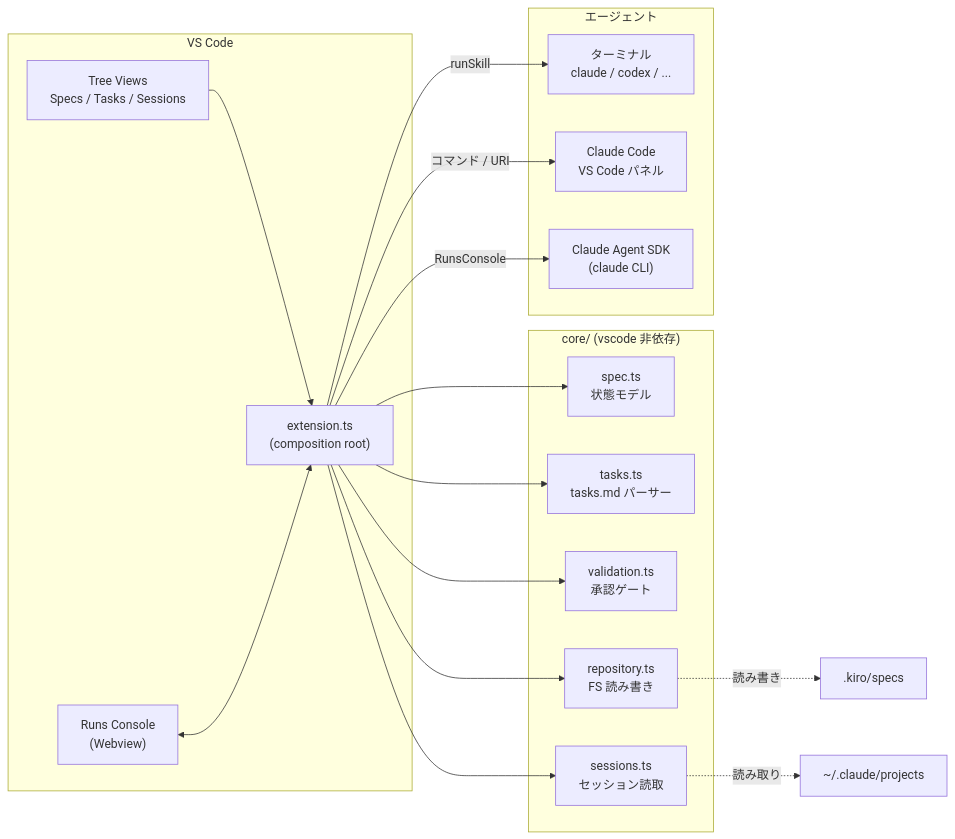
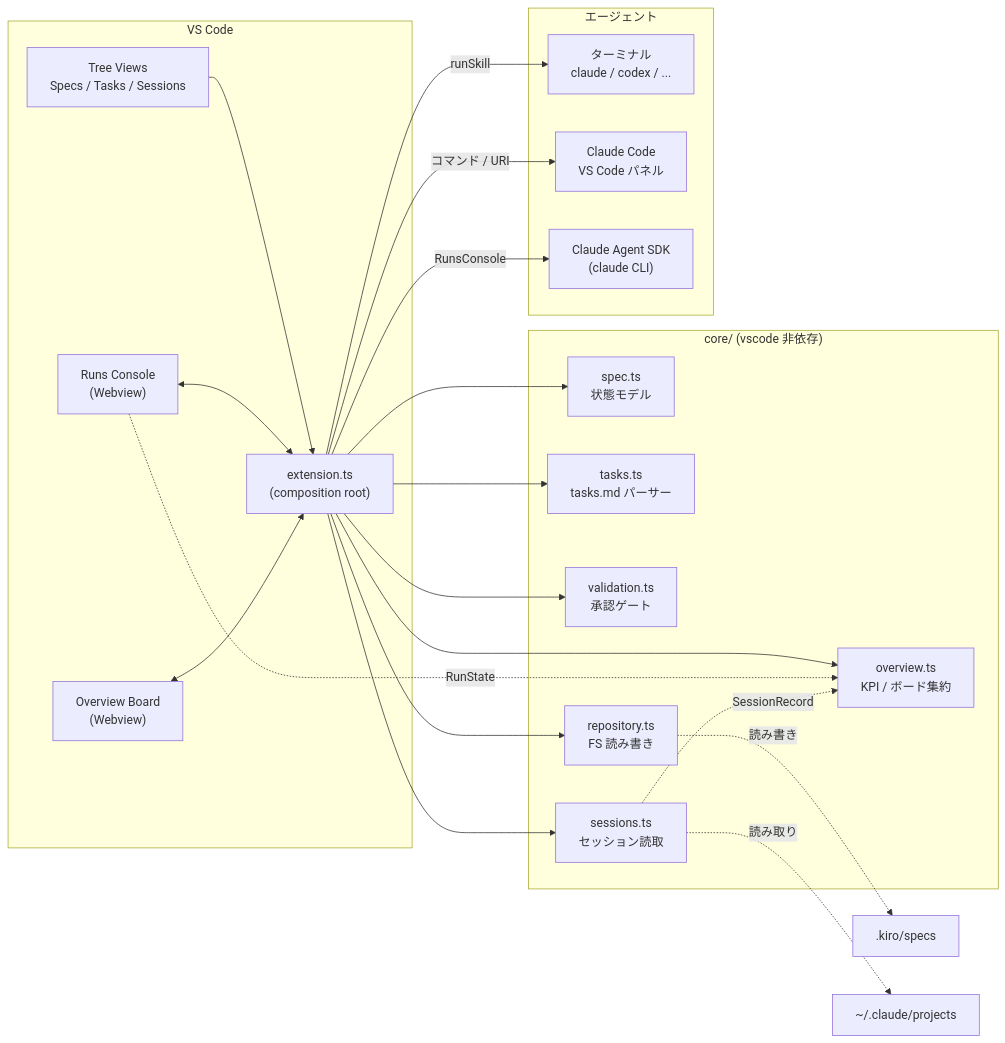
Before and after one commit to Tomatio13/cc-sdd-vscode-extension: the diagram in docs/README.md, drawn with Mermaid. The commit also changed other lines of this file and 11 other files, not shown here.

First line of the commit message:
docs: document the overview board and refresh captures

````diff
--- a/docs/README.md
+++ b/docs/README.md
@@ -33,31 +36,37 @@
 ```mermaid
 flowchart LR
   subgraph VSCode["VS Code"]
     UI["Tree Views<br/>Specs / Tasks / Sessions"]
     CONSOLE["Runs Console<br/>(Webview)"]
+    OVERVIEW["Overview Board<br/>(Webview)"]
     EXT["extension.ts<br/>(composition root)"]
   end
 
   subgraph core["core/ (vscode 非依存)"]
     SPEC["spec.ts<br/>状態モデル"]
     TASKS["tasks.ts<br/>tasks.md パーサー"]
     VALID["validation.ts<br/>承認ゲート"]
     REPO["repository.ts<br/>FS 読み書き"]
     SESS["sessions.ts<br/>セッション読取"]
+    OV["overview.ts<br/>KPI / ボード集約"]
   end
 
   subgraph agent["エージェント"]
     TERM["ターミナル<br/>claude / codex / ..."]
     PANEL["Claude Code<br/>VS Code パネル"]
     SDK["Claude Agent SDK<br/>(claude CLI)"]
   end
 
   UI --> EXT
   CONSOLE <--> EXT
+  OVERVIEW <--> EXT
   EXT --> SPEC & TASKS & VALID & REPO & SESS
+  EXT --> OV
+  CONSOLE -.RunState.-> OV
+  SESS -.SessionRecord.-> OV
   EXT -->|runSkill| TERM
   EXT -->|コマンド / URI| PANEL
   EXT -->|RunsConsole| SDK
   REPO -.読み書き.-> KIRO[".kiro/specs"]
   SESS -.読み取り.-> CLAUDE["~/.claude/projects"]
 ```
````
